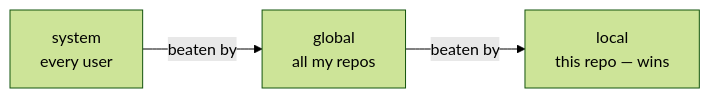
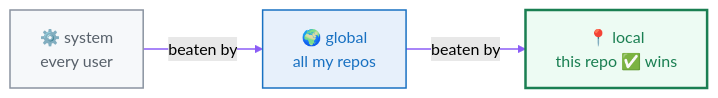
One commit to rehmanhaseeb2345-bit/Git changed the diagram in 01-what-is-git/README.md. Above: the diagram before and after it, drawn with Mermaid (forest theme).

Commit message:
Color the config-levels Mermaid with the repo palette
Style the three nodes (system grey, global blue, local green/wins) with purple
links and small icons, so the diagram matches the hand-made SVGs instead of
rendering flat grey.

Claude-Session: https://claude.ai/code/session_01NwZkWGDvvtJ5G5dz6UJnZa

````diff
--- a/01-what-is-git/README.md
+++ b/01-what-is-git/README.md
@@ -104,4 +104,8 @@
 ```mermaid
 flowchart LR
-  S["system<br/>every user"] -->|beaten by| G["global<br/>all my repos"] -->|beaten by| L["local<br/>this repo — wins"]
+  S["⚙️ system<br/>every user"] -->|beaten by| G["🌍 global<br/>all my repos"] -->|beaten by| L["📍 local<br/>this repo ✅ wins"]
+  style S fill:#f6f8fa,stroke:#8a93a0,stroke-width:1.5px,color:#57606a
+  style G fill:#e7f0fb,stroke:#1971c2,stroke-width:1.5px,color:#1971c2
+  style L fill:#edfbf3,stroke:#1a7f52,stroke-width:2.5px,color:#1a7f52
+  linkStyle default stroke:#8b5cf6,stroke-width:1.5px
 ```
````
